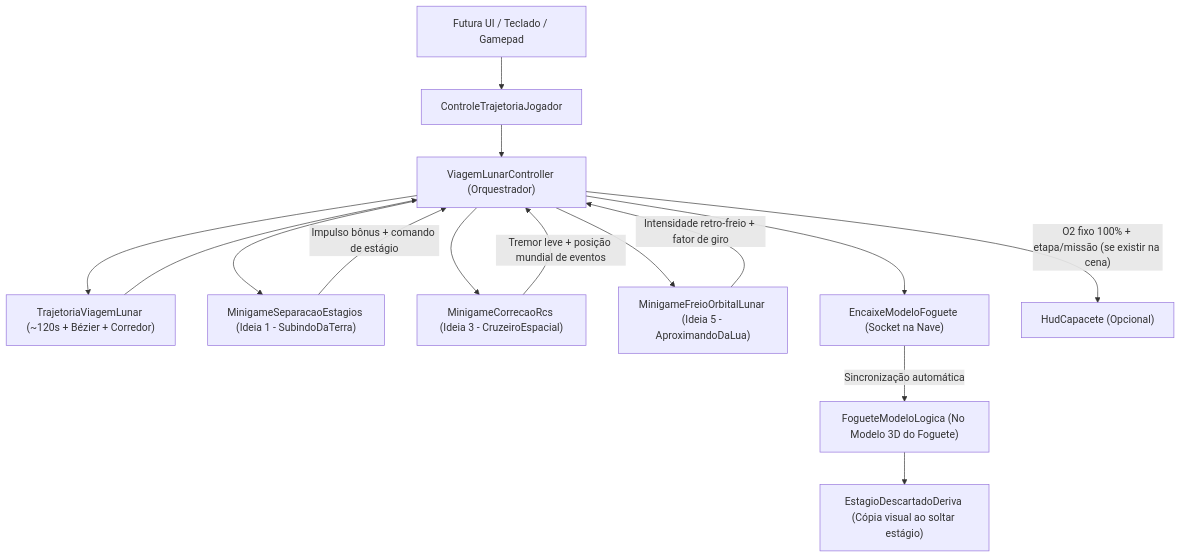
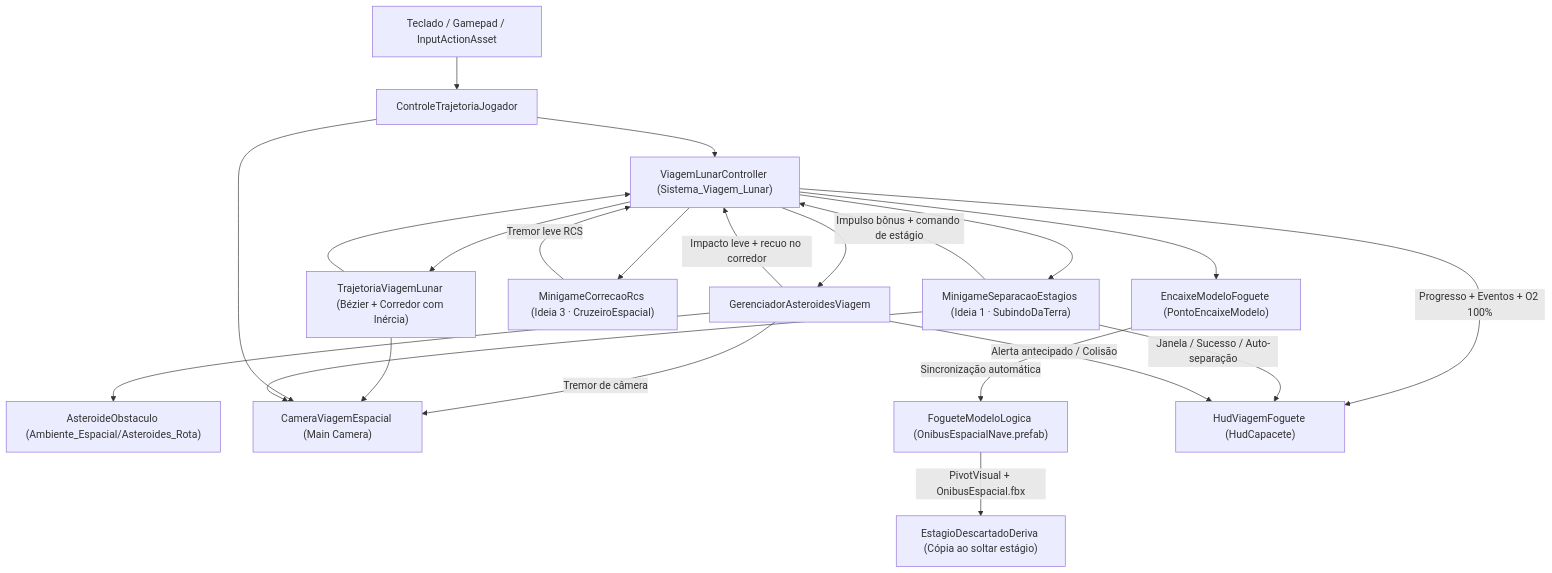
Before and after one commit to Ovini8894/AstroLab: the diagram in AstroLabUnity/Assets/PedroH/Documentacao/ARQUITETURA_VIAGEM_FOGUETE.md, drawn with Mermaid. The commit also changed other lines of this file and 32 other files, not shown here.

````diff
--- a/AstroLabUnity/Assets/PedroH/Documentacao/ARQUITETURA_VIAGEM_FOGUETE.md
+++ b/AstroLabUnity/Assets/PedroH/Documentacao/ARQUITETURA_VIAGEM_FOGUETE.md
@@ -32,17 +43,24 @@
 ```mermaid
 flowchart TD
-    UI["Futura UI / Teclado / Gamepad"] --> CTR["ControleTrajetoriaJogador"]
-    CTR --> VMC["ViagemLunarController (Orquestrador)"]
-    VMC --> TRAJ["TrajetoriaViagemLunar (~120s + Bézier + Corredor)"]
-    VMC --> M1["MinigameSeparacaoEstagios (Ideia 1 - SubindoDaTerra)"]
-    VMC --> M3["MinigameCorrecaoRcs (Ideia 3 - CruzeiroEspacial)"]
-    VMC --> M5["MinigameFreioOrbitalLunar (Ideia 5 - AproximandoDaLua)"]
+    IN["Teclado / Gamepad / InputActionAsset"] --> CTR["ControleTrajetoriaJogador"]
+    CTR --> VMC["ViagemLunarController (Sistema_Viagem_Lunar)"]
+    VMC --> TRAJ["TrajetoriaViagemLunar (Bézier + Corredor com Inércia)"]
+    VMC --> M1["MinigameSeparacaoEstagios (Ideia 1 · SubindoDaTerra)"]
+    VMC --> M3["MinigameCorrecaoRcs (Ideia 3 · CruzeiroEspacial)"]
+    VMC --> AST["GerenciadorAsteroidesViagem"]
+    AST --> OBST["AsteroideObstaculo (Ambiente_Espacial/Asteroides_Rota)"]
     TRAJ --> VMC
     M1 -->|"Impulso bônus + comando de estágio"| VMC
-    M3 -->|"Tremor leve + posição mundial de eventos"| VMC
-    M5 -->|"Intensidade retro-freio + fator de giro"| VMC
-    VMC --> ENC["EncaixeModeloFoguete (Socket na Nave)"]
-    ENC -->|"Sincronização automática"| FML["FogueteModeloLogica (No Modelo 3D do Foguete)"]
-    FML --> EST["EstagioDescartadoDeriva (Cópia visual ao soltar estágio)"]
-    VMC -->|"O2 fixo 100% + etapa/missão (se existir na cena)"| HUD["HudCapacete (Opcional)"]
+    M3 -->|"Tremor leve RCS"| VMC
+    AST -->|"Impacto leve + recuo no corredor"| VMC
+    AST -->|"Tremor de câmera"| CAM["CameraViagemEspacial (Main Camera)"]
+    TRAJ --> CAM
+    CTR --> CAM
+    M1 --> CAM
+    VMC --> ENC["EncaixeModeloFoguete (PontoEncaixeModelo)"]
+    ENC -->|"Sincronização automática"| FML["FogueteModeloLogica (OnibusEspacialNave.prefab)"]
+    FML -->|"PivotVisual + OnibusEspacial.fbx"| EST["EstagioDescartadoDeriva (Cópia ao soltar estágio)"]
+    VMC -->|"Progresso + Eventos + O2 100%"| HUD["HudViagemFoguete (HudCapacete)"]
+    M1 -->|"Janela / Sucesso / Auto-separação"| HUD
+    AST -->|"Alerta antecipado / Colisão"| HUD
 ```
````
